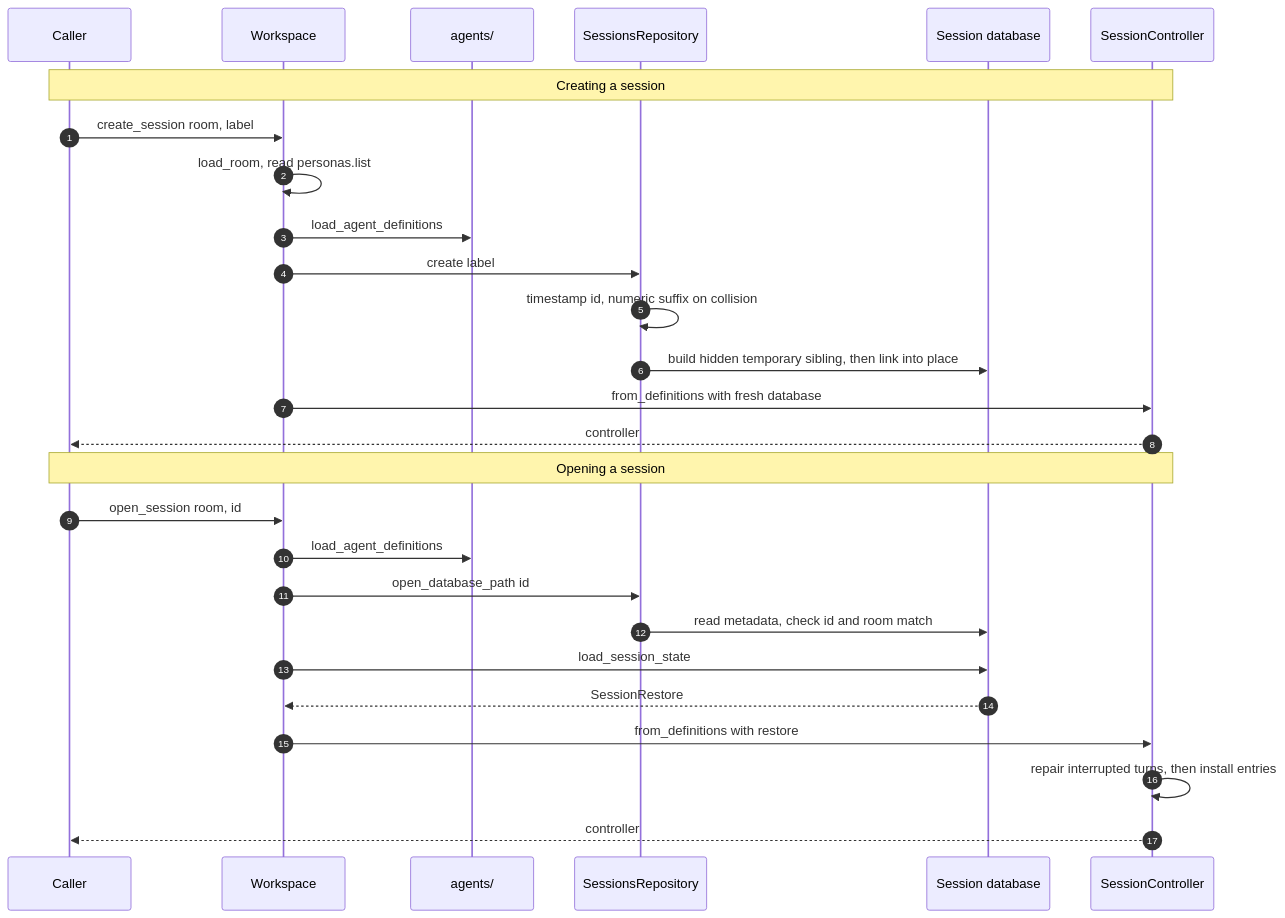
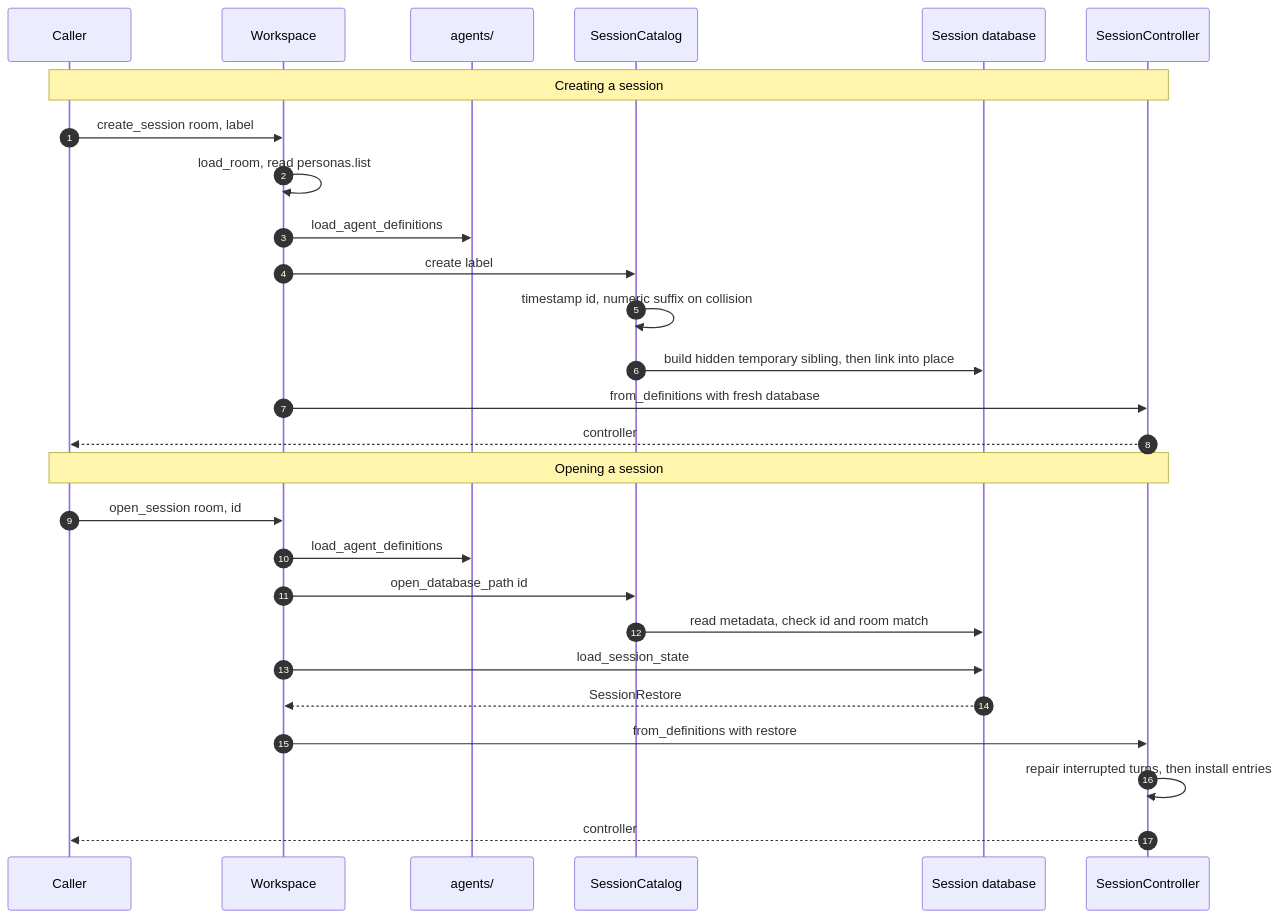
The second of 4 diagrams in src/session/README.md (michaelpopov/cha), drawn with Mermaid before and after one commit. The commit also changed other lines of this file and 39 other files, not shown here.

````diff
--- a/src/session/README.md
+++ b/src/session/README.md
@@ -42,31 +59,31 @@
 ```mermaid
 sequenceDiagram
     autonumber
     participant UI as Caller
     participant WS as Workspace
     participant AG as agents/
-    participant RP as SessionsRepository
+    participant SC as SessionCatalog
     participant DB as Session database
     participant CC as SessionController
 
     Note over UI,CC: Creating a session
     UI->>WS: create_session room, label
     WS->>WS: load_room, read personas.list
     WS->>AG: load_agent_definitions
-    WS->>RP: create label
-    RP->>RP: timestamp id, numeric suffix on collision
-    RP->>DB: build hidden temporary sibling, then link into place
+    WS->>SC: create label
+    SC->>SC: timestamp id, numeric suffix on collision
+    SC->>DB: build hidden temporary sibling, then link into place
     WS->>CC: from_definitions with fresh database
     CC-->>UI: controller
 
     Note over UI,CC: Opening a session
     UI->>WS: open_session room, id
     WS->>AG: load_agent_definitions
-    WS->>RP: open_database_path id
-    RP->>DB: read metadata, check id and room match
+    WS->>SC: open_database_path id
+    SC->>DB: read metadata, check id and room match
     WS->>DB: load_session_state
     DB-->>WS: SessionRestore
     WS->>CC: from_definitions with restore
     CC->>CC: repair interrupted turns, then install entries
     CC-->>UI: controller
 ```
````
